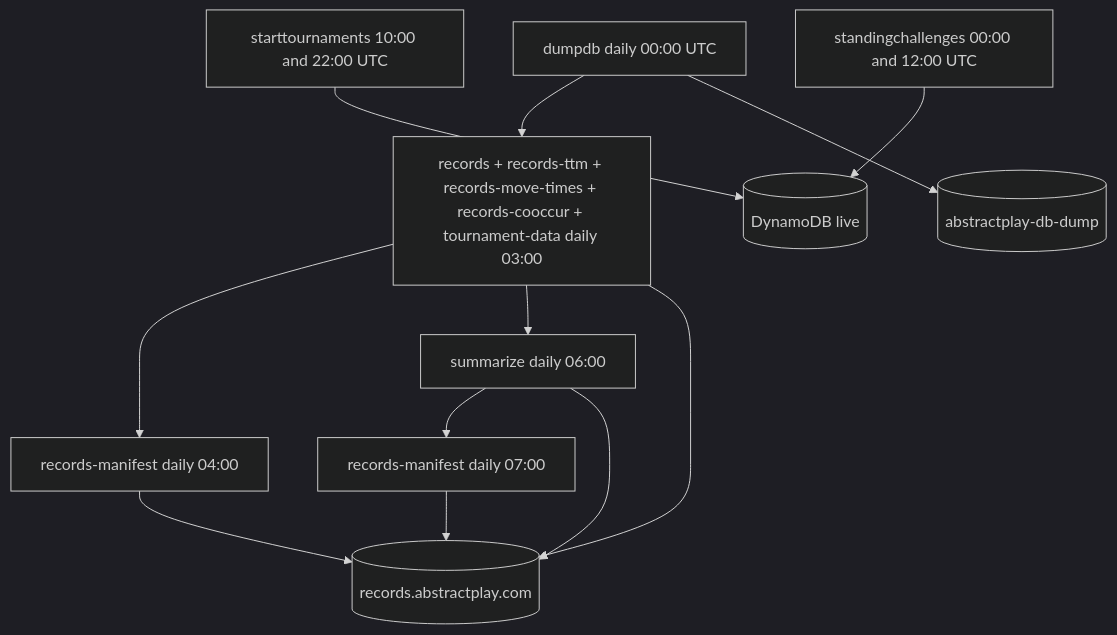
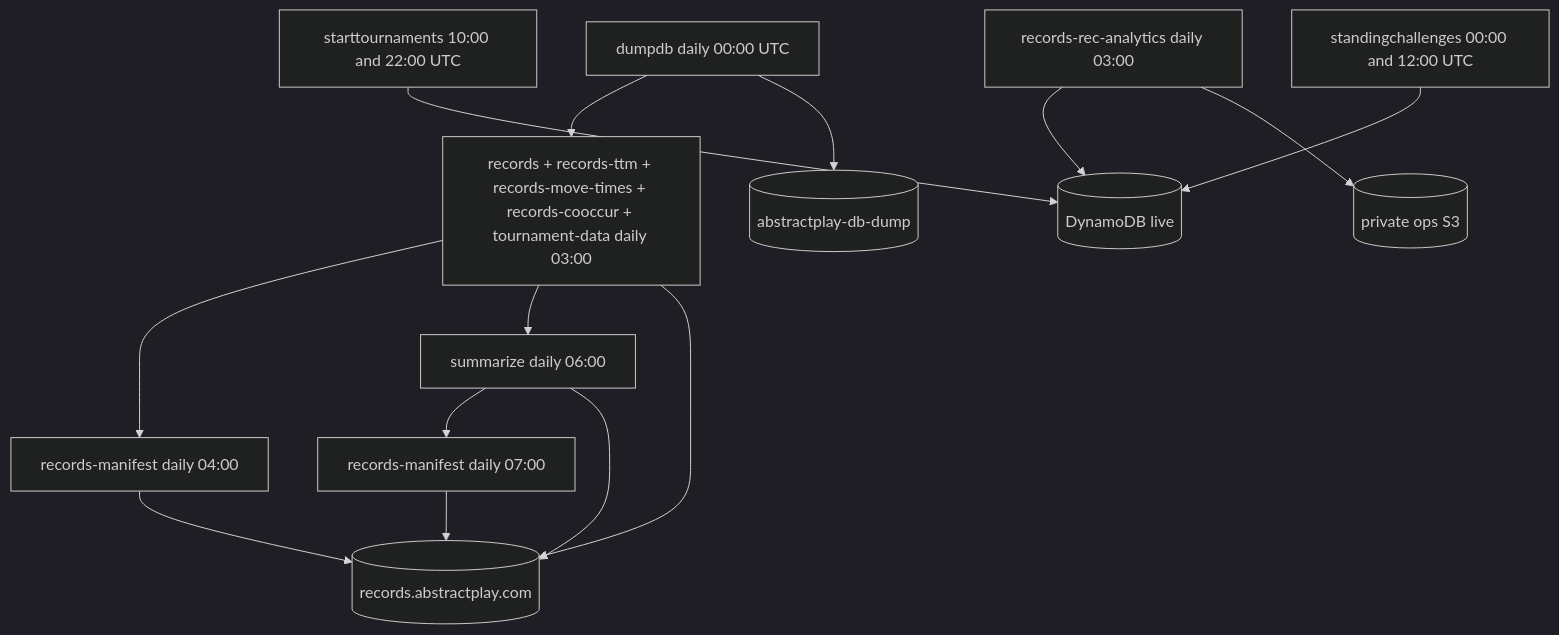
One commit to AbstractPlay/backend-crons changed the diagram in docs/pipeline.md. Above: the diagram before and after it, drawn with Mermaid (dark theme). The commit also changed other lines of this file and 11 other files, not shown here.

````diff
--- a/docs/pipeline.md
+++ b/docs/pipeline.md
@@ -23,14 +23,16 @@
 ```mermaid
 flowchart TD
     dumpdb["dumpdb daily 00:00 UTC"] --> batch["records + records-ttm + records-move-times + records-cooccur + tournament-data daily 03:00"]
+    recanalytics["records-rec-analytics daily 03:00"] --> ddb[(DynamoDB live)]
+    recanalytics --> s3ops[(private ops S3)]
     batch --> manifest1["records-manifest daily 04:00"]
     batch --> summarize["summarize daily 06:00"]
     summarize --> manifest2["records-manifest daily 07:00"]
     live1["starttournaments 10:00 and 22:00 UTC"] --> ddb[(DynamoDB live)]
     live2["standingchallenges 00:00 and 12:00 UTC"] --> ddb
     dumpdb --> s3dump[(abstractplay-db-dump)]
     batch --> s3rec[(records.abstractplay.com)]
     summarize --> s3rec
     manifest1 --> s3rec
     manifest2 --> s3rec
 ```
````
